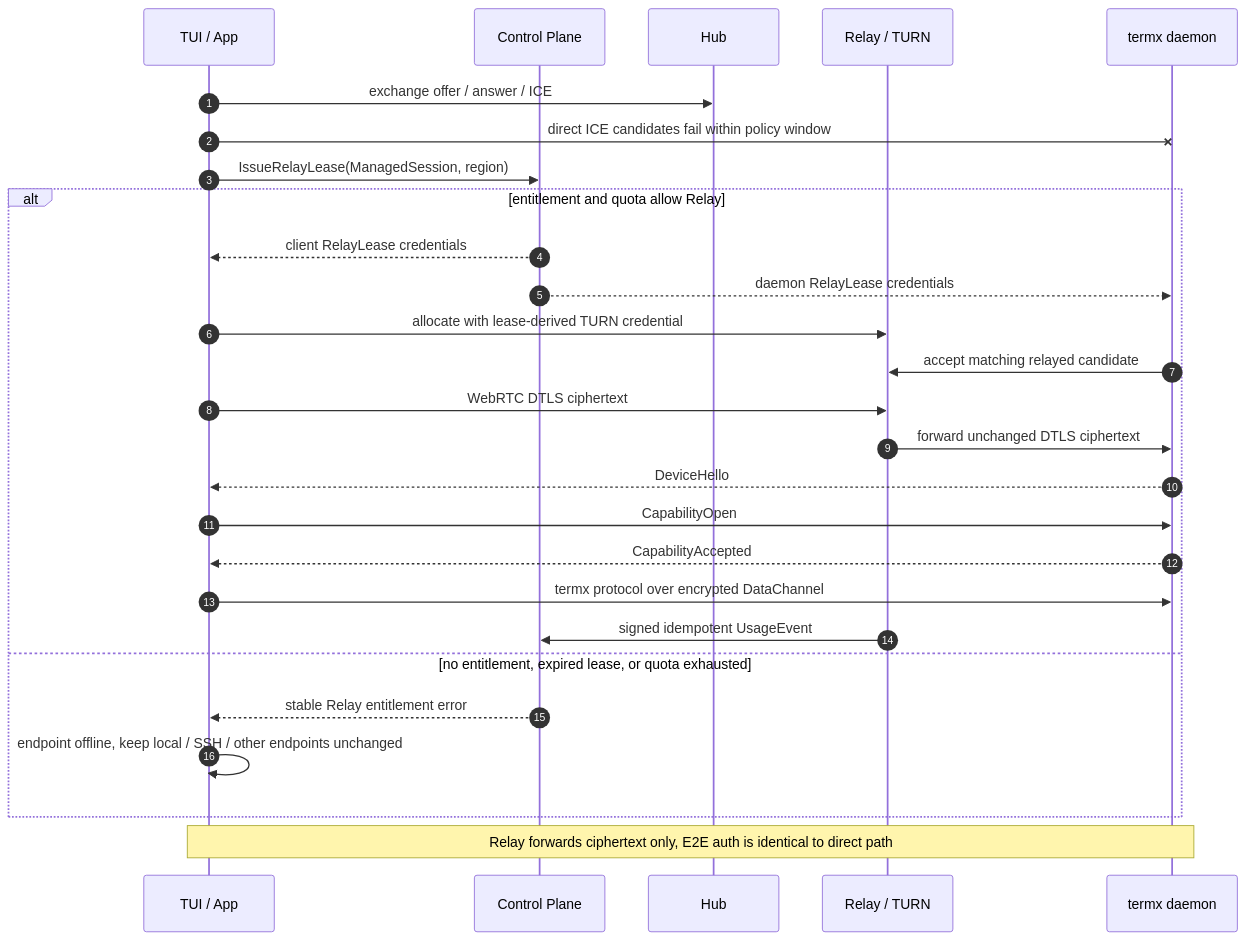
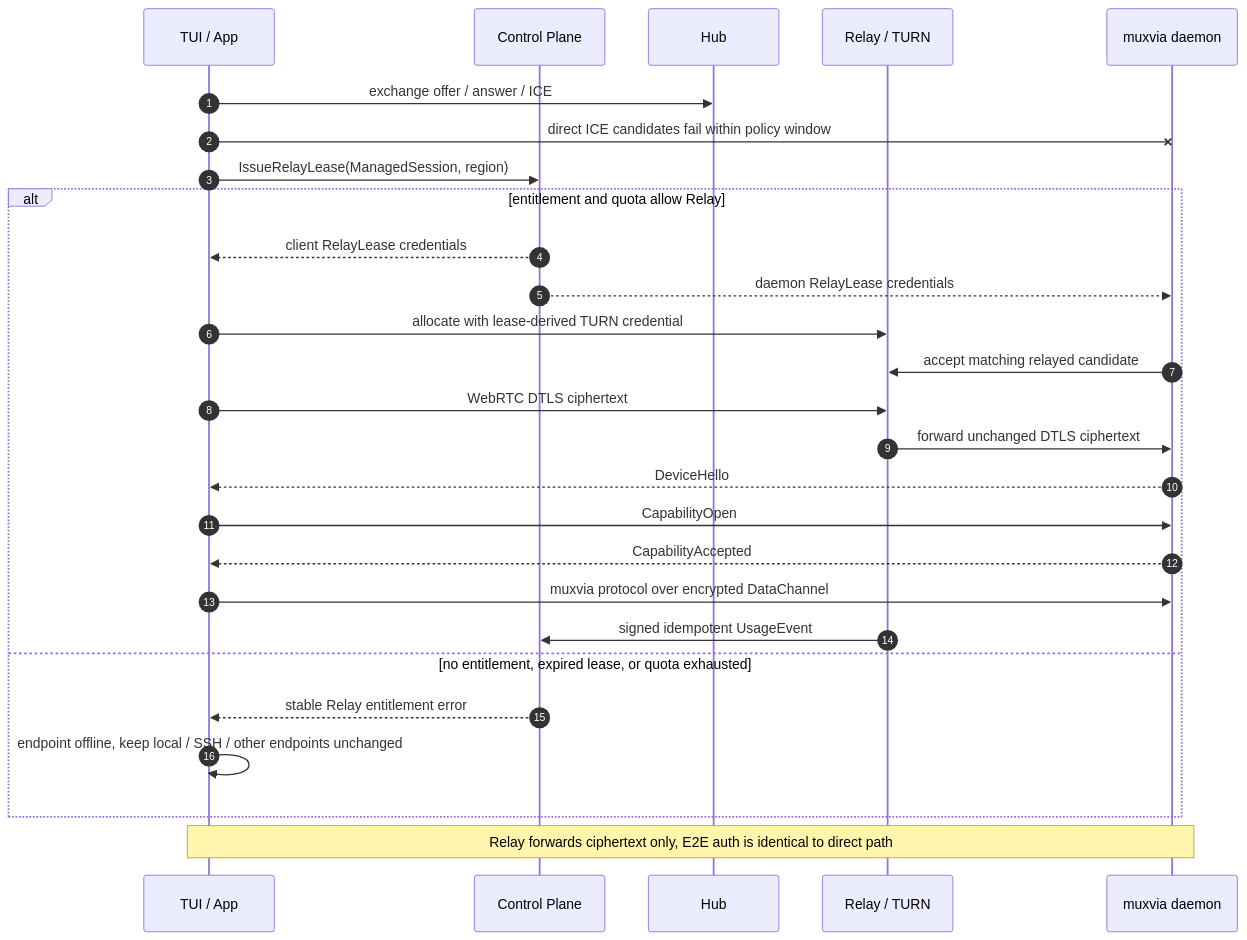
Before and after one commit to lozzo/termx: the fourth of 5 diagrams in docs/remote-platform/network-topology.md, drawn with Mermaid. The commit also changed other lines of this file and 208 other files, not shown here.

````diff
--- a/docs/remote-platform/network-topology.md
+++ b/docs/remote-platform/network-topology.md
@@ -168,32 +168,32 @@
 ```mermaid
 sequenceDiagram
     autonumber
     participant C as TUI / App
     participant CP as Control Plane
     participant H as Hub
     participant R as Relay / TURN
-    participant D as termx daemon
+    participant D as muxvia daemon
 
     C->>H: exchange offer / answer / ICE
     C-xD: direct ICE candidates fail within policy window
     C->>CP: IssueRelayLease(ManagedSession, region)
 
     alt entitlement and quota allow Relay
         CP-->>C: client RelayLease credentials
         CP-->>D: daemon RelayLease credentials
         C->>R: allocate with lease-derived TURN credential
         D->>R: accept matching relayed candidate
         C->>R: WebRTC DTLS ciphertext
         R->>D: forward unchanged DTLS ciphertext
         D-->>C: DeviceHello
         C->>D: CapabilityOpen
         D-->>C: CapabilityAccepted
-        C->>D: termx protocol over encrypted DataChannel
+        C->>D: muxvia protocol over encrypted DataChannel
         R->>CP: signed idempotent UsageEvent
     else no entitlement, expired lease, or quota exhausted
         CP-->>C: stable Relay entitlement error
         C->>C: endpoint offline, keep local / SSH / other endpoints unchanged
     end
 
     Note over C,D: Relay forwards ciphertext only, E2E auth is identical to direct path
 ```
````
